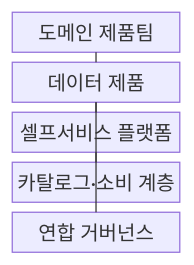
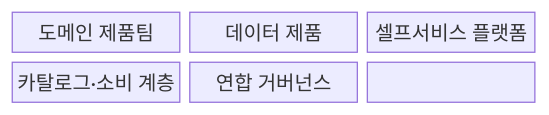
One commit to agnusdei1207/knowledge-base changed the first of 2 diagrams in src/content/docs/notes/08-latest-tech/193_data_mesh.md. Above: the diagram before and after it, drawn with Mermaid. The commit also changed other lines of this file and 228 other files, not shown here.

````diff
--- a/src/content/docs/notes/08-latest-tech/193_data_mesh.md
+++ b/src/content/docs/notes/08-latest-tech/193_data_mesh.md
@@ -50,13 +49,11 @@
 ```mermaid
 block-beta
-  columns 1
-  domain["도메인 제품팀"]
-  product["데이터 제품"]
-  platform["셀프서비스 플랫폼"]
-  catalog["카탈로그·소비 계층"]
-  governance["연합 거버넌스"]
-  domain --- product
-  product --- platform
-  product --- catalog
-  platform --- governance
+  columns 3
+  N0["도메인 제품팀"]
+  N1["데이터 제품"]
+  N2["셀프서비스 플랫폼"]
+  N3["카탈로그·소비 계층"]
+  N4["연합 거버넌스"]
+  N0 --- N1 --- N2
+  N2 --- N3 --- N4
 ```
````
